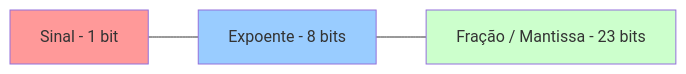
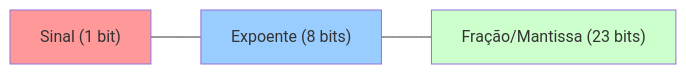
One commit to ricardotecpro/ads_extra_hardware_e_compiladores changed the diagram in docs/slides/slide-02.md. Above: the diagram before and after it, drawn with Mermaid. The commit also changed other lines of this file and 32 other files, not shown here.

````diff
--- a/docs/slides/slide-02.md
+++ b/docs/slides/slide-02.md
@@ -43,7 +107,7 @@
 ```mermaid
 flowchart LR
-    A[Sinal - 1 bit] --- B[Expoente - 8 bits] --- C[Fração / Mantissa - 23 bits]
+    A["Sinal (1 bit)"] --- B["Expoente (8 bits)"] --- C["Fração/Mantissa (23 bits)"]
     style A fill:#ff9999
     style B fill:#99ccff
     style C fill:#ccffcc
 ```
````
